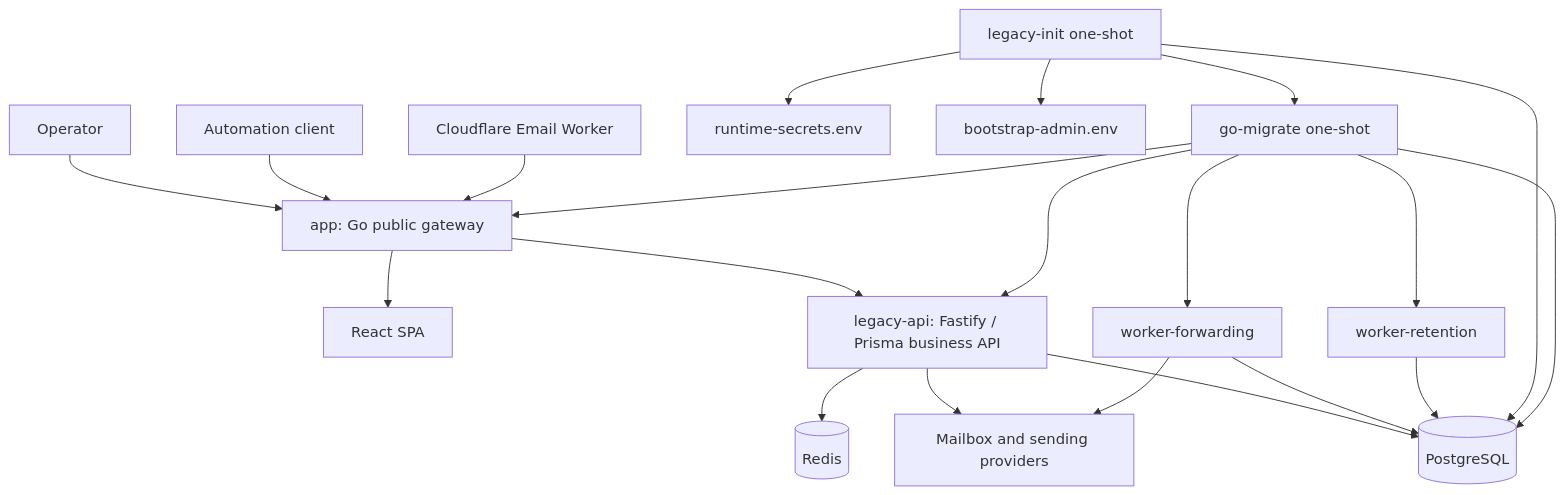
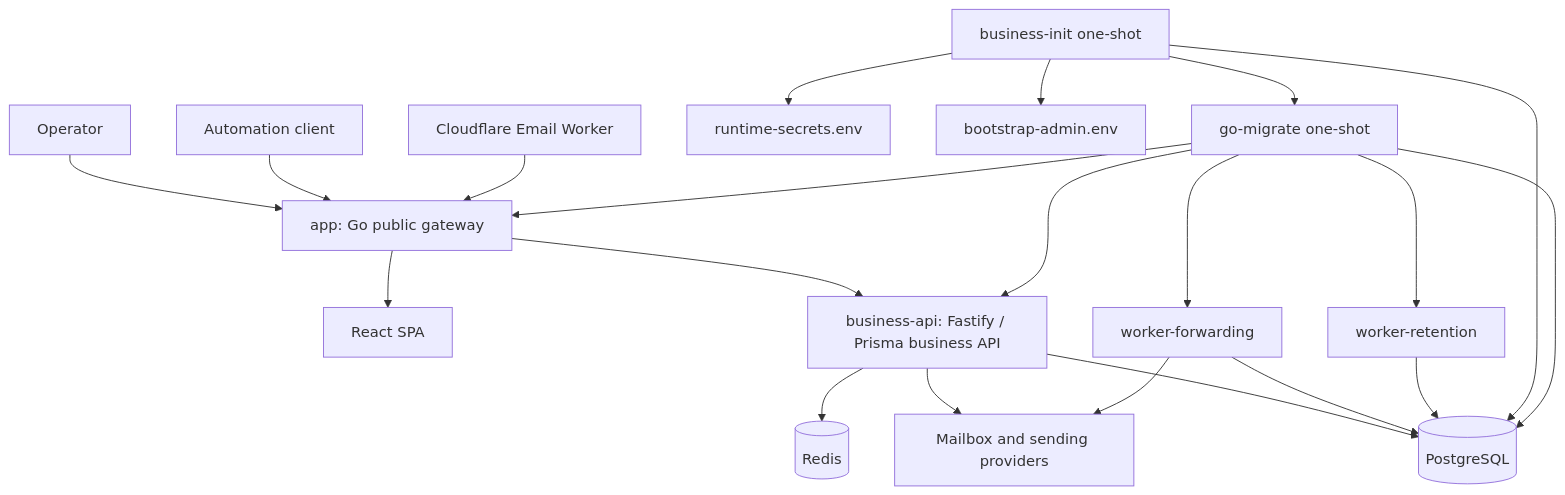
The diagram in README.md (feng123-new/all-Mail), drawn with Mermaid before and after one commit. The commit also changed other lines of this file and 45 other files, not shown here.

````diff
--- a/README.md
+++ b/README.md
@@ -39,27 +39,27 @@
 ```mermaid
 flowchart TD
     Operator[Operator] --> GoAPI[app: Go public gateway]
     Automation[Automation client] --> GoAPI
     Edge[Cloudflare Email Worker] --> GoAPI
 
     GoAPI --> SPA[React SPA]
-    GoAPI --> Legacy[legacy-api: Fastify / Prisma business API]
+    GoAPI --> Legacy[business-api: Fastify / Prisma business API]
 
     Legacy --> Postgres[(PostgreSQL)]
     Legacy --> Redis[(Redis)]
     Legacy --> Providers[Mailbox and sending providers]
 
     Forwarding[worker-forwarding] --> Postgres
     Forwarding --> Providers
     Retention[worker-retention] --> Postgres
 
-    LegacyInit[legacy-init one-shot] --> RuntimeSecrets[runtime-secrets.env]
+    LegacyInit[business-init one-shot] --> RuntimeSecrets[runtime-secrets.env]
     LegacyInit --> AdminSecret[bootstrap-admin.env]
     LegacyInit --> Postgres
     GoMigrate[go-migrate one-shot] --> Postgres
     LegacyInit --> GoMigrate
     GoMigrate --> Legacy
     GoMigrate --> GoAPI
     GoMigrate --> Forwarding
     GoMigrate --> Retention
 ```
````
